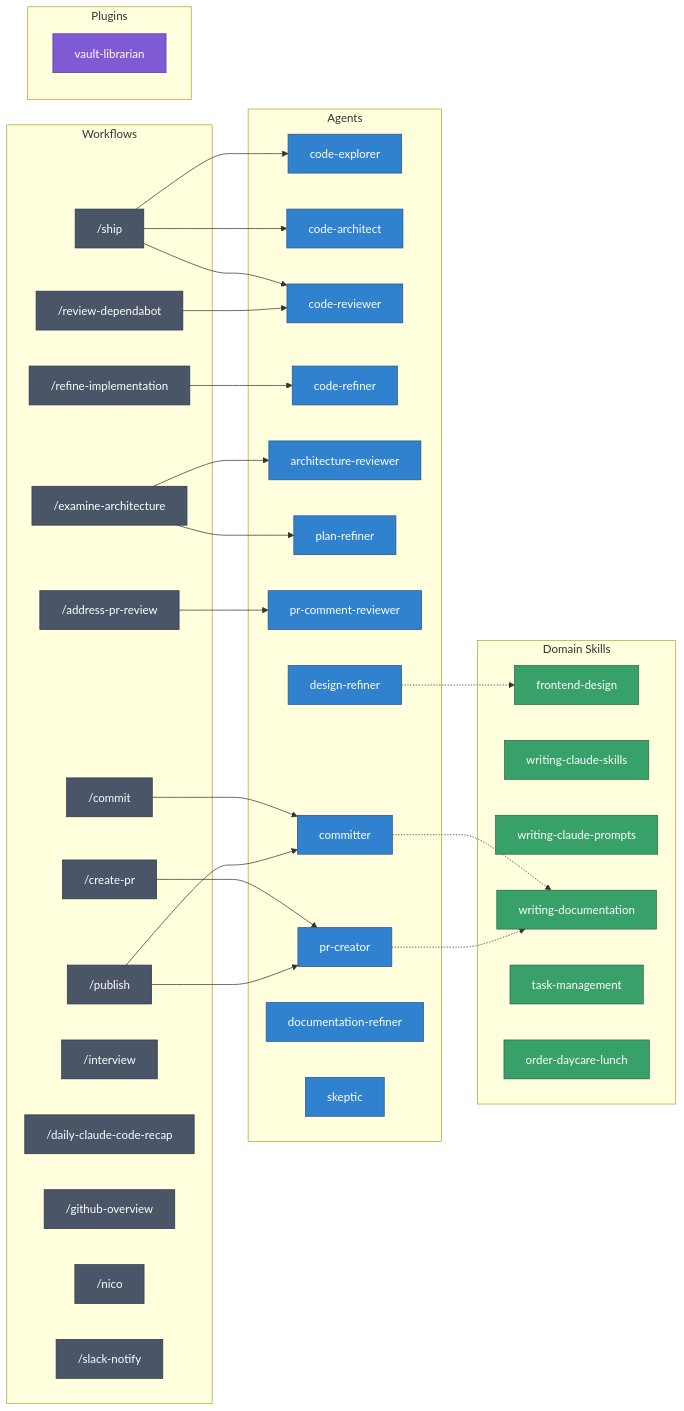
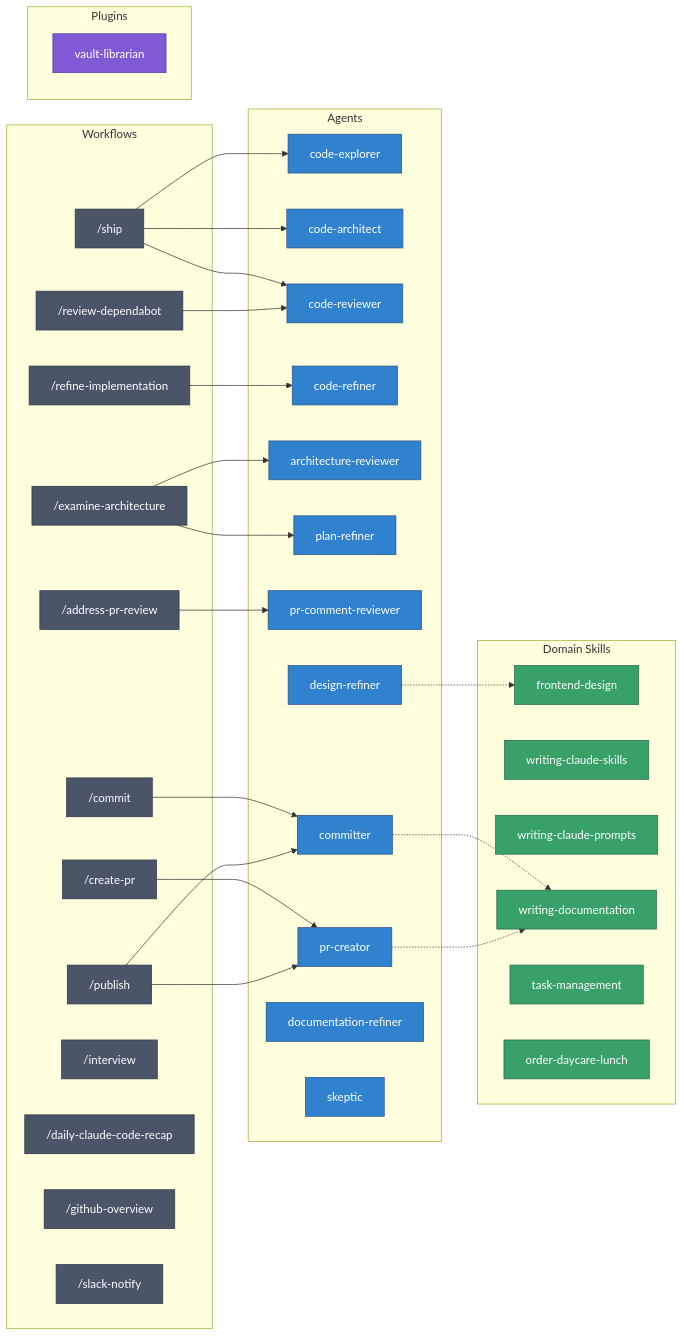
One commit to abhijit-s/ai changed the diagram in README.md. Above: the diagram before and after it, drawn with Mermaid. The commit also changed other lines of this file and 1 other file, not shown here.

Commit message:
chore(skills): retire the nico notification dispatcher
slack-notify covers the only channel that was ever used in practice, and
the email path never sent anything (draft-only). One notifier means one
place for routing rules and no ambiguity about which helper a workflow
should call at a phase boundary.

````diff
--- a/README.md
+++ b/README.md
@@ -61,69 +61,68 @@
 ```mermaid
 flowchart LR
     subgraph Workflows
         cm["/commit"]
         cpr["/create-pr"]
         fd["/ship"]
         ri["/refine-implementation"]
         ea["/examine-architecture"]
         apr["/address-pr-review"]
         rd["/review-dependabot"]
         pub["/publish"]
         int["/interview"]
         dcr["/daily-claude-code-recap"]
         go["/github-overview"]
-        nico["/nico"]
         sn["/slack-notify"]
     end
 
     subgraph Agents
         ce["code-explorer"]
         ca["code-architect"]
         cr["code-reviewer"]
         cf["code-refiner"]
         ar["architecture-reviewer"]
         pr["plan-refiner"]
         pcr["pr-comment-reviewer"]
         com["committer"]
         prc["pr-creator"]
         dr["design-refiner"]
         docr["documentation-refiner"]
         sk["skeptic"]
     end
 
     subgraph Domain Skills
         fdd["frontend-design"]
         wcs["writing-claude-skills"]
         wcp["writing-claude-prompts"]
         wdoc["writing-documentation"]
         tm["task-management"]
         odl["order-daycare-lunch"]
     end
 
     subgraph Plugins
         kbc["vault-librarian"]
     end
 
     cm --> com
     cpr --> prc
     fd --> ce & ca & cr
     ri --> cf
     ea --> ar & pr
     apr --> pcr
     rd --> cr
     pub --> com & prc
 
     com -.-> wdoc
     prc -.-> wdoc
     dr -.-> fdd
 
     classDef workflow fill:#4a5568,stroke:#2d3748,color:#fff
     classDef agent fill:#3182ce,stroke:#2c5282,color:#fff
     classDef skill fill:#38a169,stroke:#276749,color:#fff
     classDef plugin fill:#805ad5,stroke:#553c9a,color:#fff
 
-    class cm,cpr,fd,ri,ea,apr,rd,pub,int,dcr,go,nico,sn workflow
+    class cm,cpr,fd,ri,ea,apr,rd,pub,int,dcr,go,sn workflow
     class ce,ca,cr,cf,ar,pr,pcr,com,prc,dr,docr,sk agent
     class fdd,wcs,wcp,wdoc,tm,odl skill
     class kbc plugin
 ```
````
